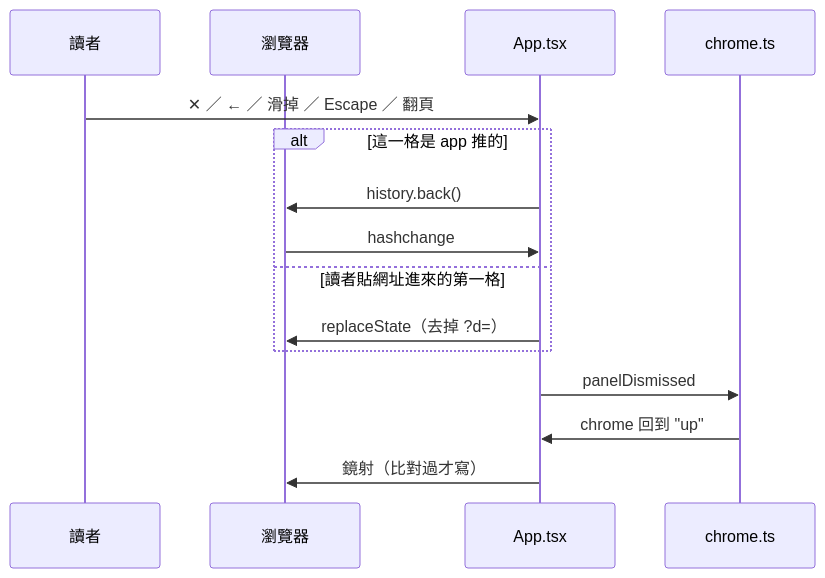
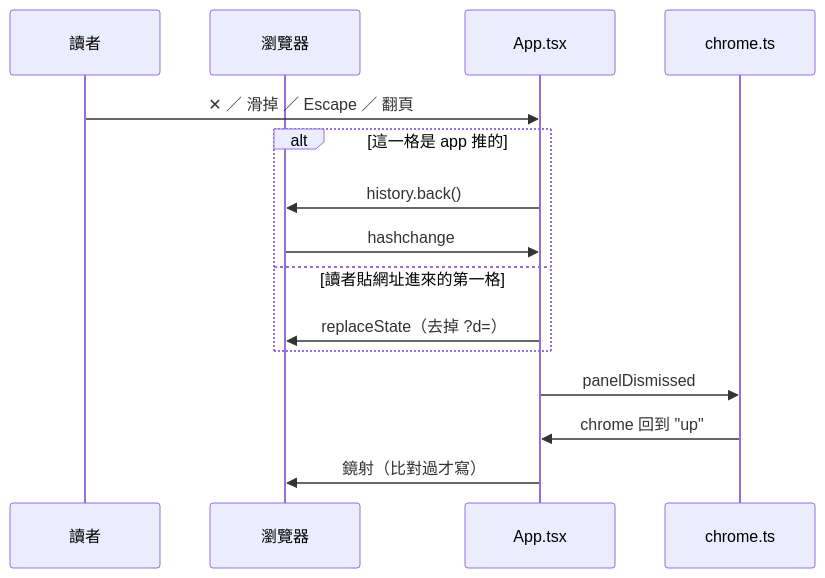
Before and after one commit to yurenju/tidemarks: the diagram in docs/adr/0046-one-shell-for-every-panel-and-every-panel-in-the-address.md, drawn with Mermaid. The commit also changed other lines of this file and 11 other files, not shown here.

````diff
--- a/docs/adr/0046-one-shell-for-every-panel-and-every-panel-in-the-address.md
+++ b/docs/adr/0046-one-shell-for-every-panel-and-every-panel-in-the-address.md
@@ -149,17 +149,17 @@
 ```mermaid
 sequenceDiagram
     participant R as 讀者
     participant B as 瀏覽器
     participant A as App.tsx
     participant C as chrome.ts
-    R->>A: ✕ ／ ← ／ 滑掉 ／ Escape ／ 翻頁
+    R->>A: ✕ ／ 滑掉 ／ Escape ／ 翻頁
     alt 這一格是 app 推的
         A->>B: history.back()
         B->>A: hashchange
     else 讀者貼網址進來的第一格
         A->>B: replaceState（去掉 ?d=）
     end
     A->>C: panelDismissed
     C->>A: chrome 回到 "up"
     A->>B: 鏡射（比對過才寫）
 ```
````
